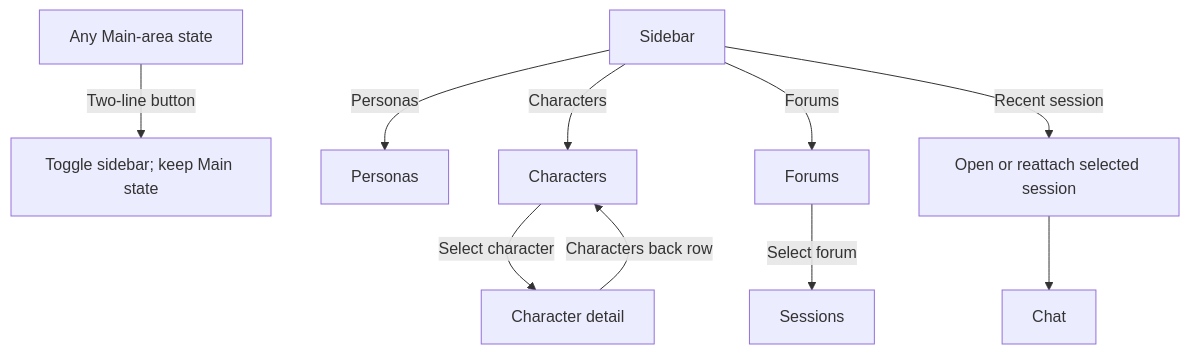
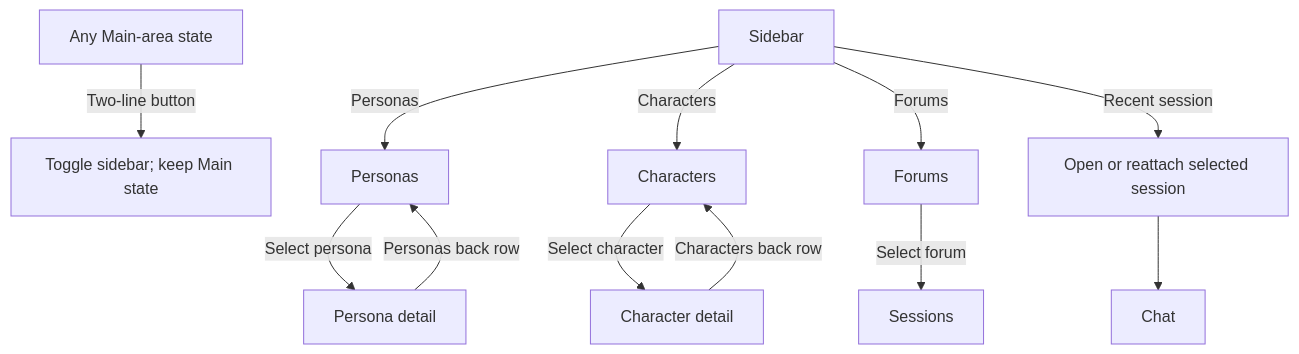
The first of 6 diagrams in docs/web-ui/flows.md (michaelpopov/cha), drawn with Mermaid before and after one commit. The commit also changed other lines of this file and 23 other files, not shown here.

````diff
--- a/docs/web-ui/flows.md
+++ b/docs/web-ui/flows.md
@@ -7,12 +7,14 @@
 ```mermaid
 flowchart TD
     Main["Any Main-area state"] -->|"Two-line button"| Toggle["Toggle sidebar; keep Main state"]
     Sidebar["Sidebar"] -->|"Personas"| Personas["Personas"]
     Sidebar -->|"Characters"| Characters["Characters"]
     Sidebar -->|"Forums"| Forums["Forums"]
     Sidebar -->|"Recent session"| Open["Open or reattach selected session"]
+    Personas -->|"Select persona"| PersonaDetail["Persona detail"]
+    PersonaDetail -->|"Personas back row"| Personas
     Characters -->|"Select character"| Detail["Character detail"]
     Detail -->|"Characters back row"| Characters
     Forums -->|"Select forum"| Sessions["Sessions"]
     Open --> Chat["Chat"]
 ```
````
